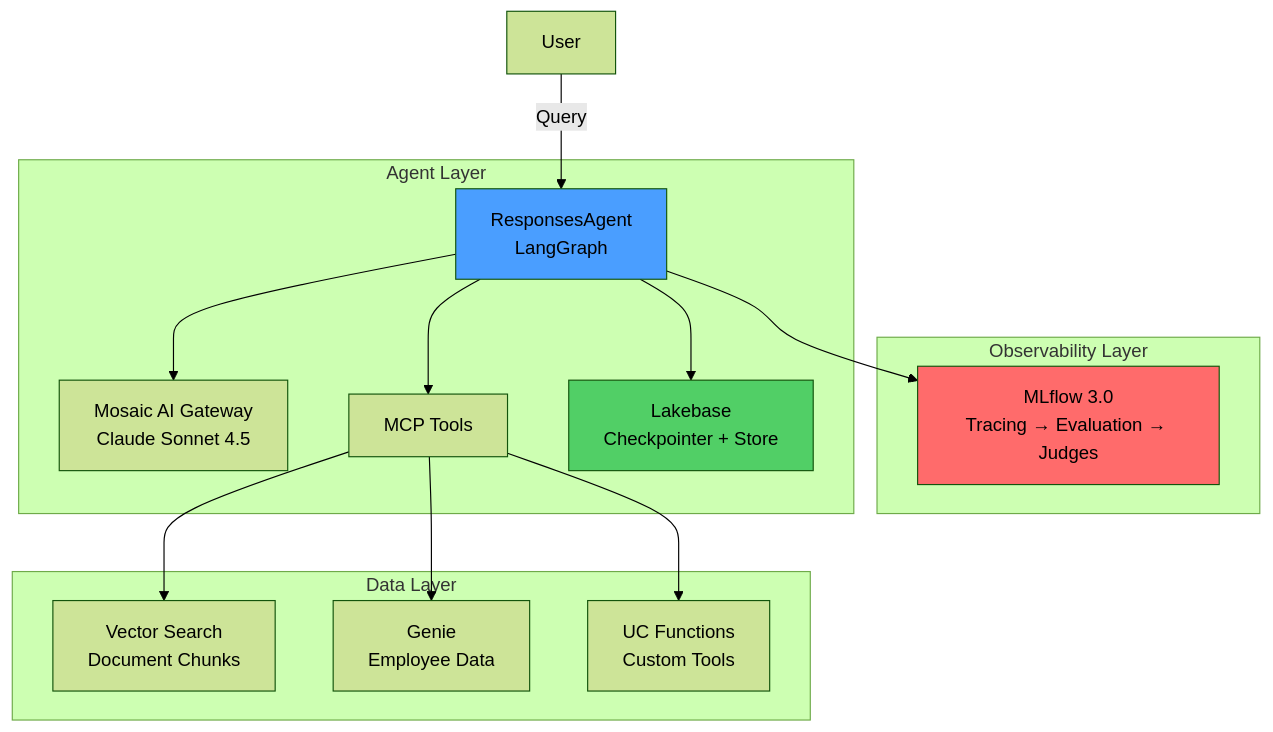
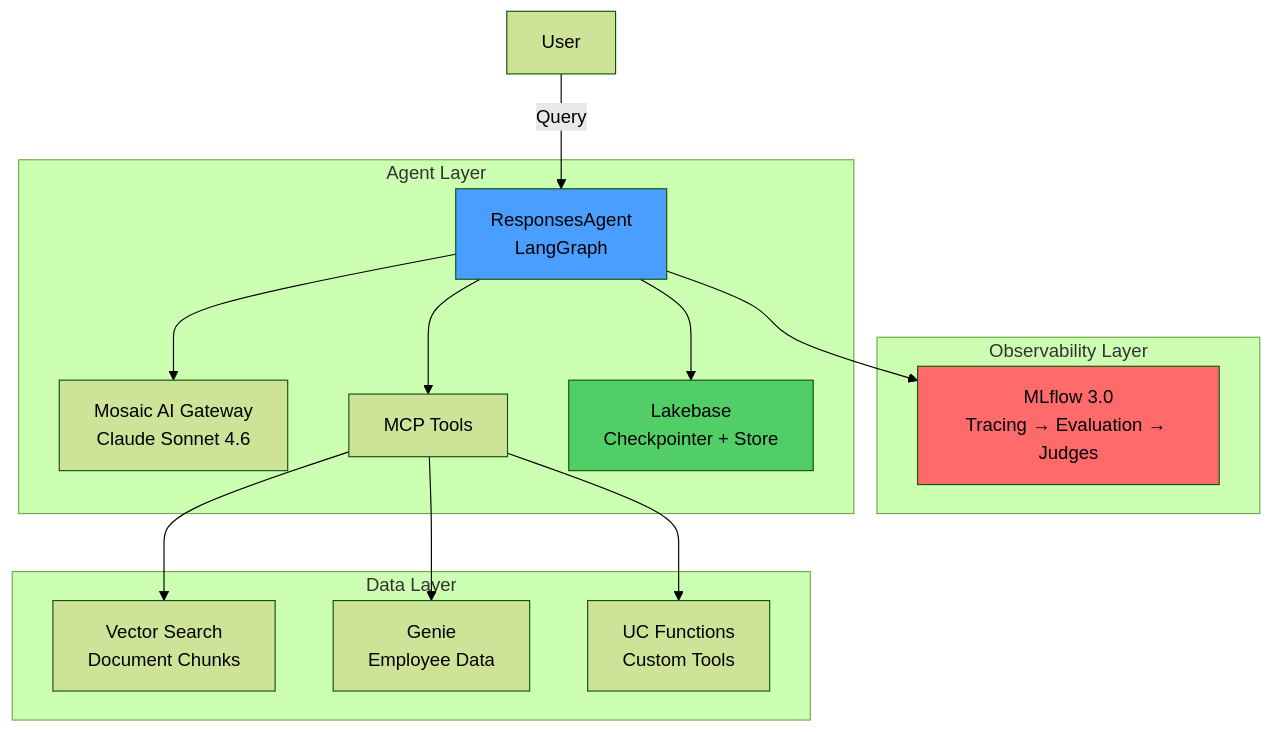
The diagram in README.md (Data-drone/building_knowledge_assistants_w_databricks), drawn with Mermaid (forest theme) before and after one commit. The commit also changed other lines of this file and 9 other files, not shown here.

````diff
--- a/README.md
+++ b/README.md
@@ -13,32 +13,32 @@
 ```mermaid
 graph TB
     subgraph "Observability Layer"
         MLflow[MLflow 3.0<br/>Tracing → Evaluation → Judges]
     end
 
     subgraph "Agent Layer"
         Agent[ResponsesAgent<br/>LangGraph]
-        LLM[Mosaic AI Gateway<br/>Claude Sonnet 4.5]
+        LLM[Mosaic AI Gateway<br/>Claude Sonnet 4.6]
         Tools[MCP Tools]
         Memory[Lakebase<br/>Checkpointer + Store]
     end
 
     subgraph "Data Layer"
         VS[Vector Search<br/>Document Chunks]
         Genie[Genie<br/>Employee Data]
         UC[UC Functions<br/>Custom Tools]
     end
 
     User -->|Query| Agent
     Agent --> LLM
     Agent --> Tools
     Tools --> VS
     Tools --> Genie
     Tools --> UC
     Agent --> Memory
     Agent --> MLflow
 
     style Agent fill:#4a9eff
     style MLflow fill:#ff6b6b
     style Memory fill:#51cf66
 ```
````
